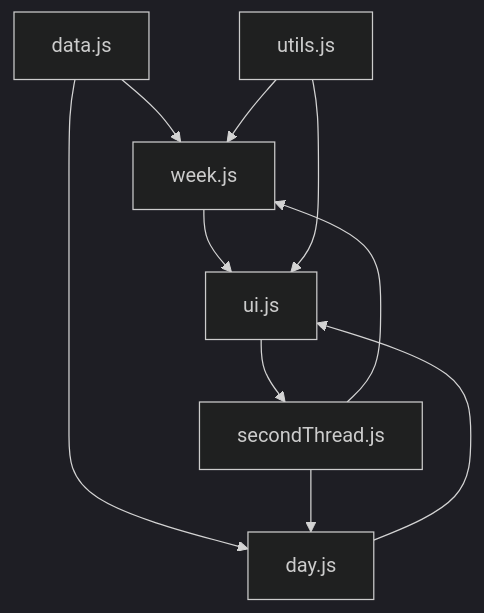
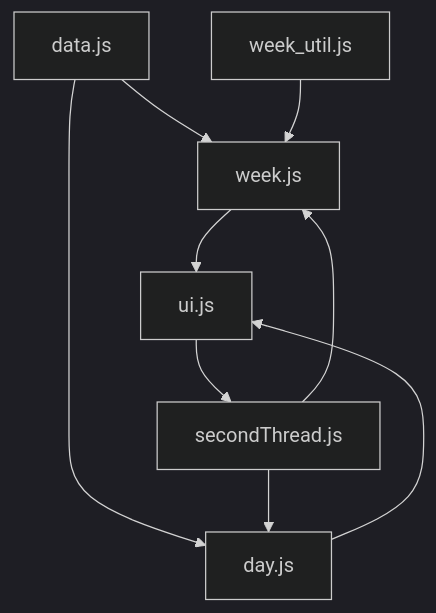
The diagram in Structure.md (ghrlcu06e20l500g/itis_raining), drawn with Mermaid (dark theme) before and after one commit. The commit also changed 4 other files, not shown here.

Commit message:
util is now only for week. Removed comments about old code

````diff
--- a/Structure.md
+++ b/Structure.md
@@ -3,12 +3,11 @@
 ``` mermaid
 flowchart TD
     data.js --> week.js
     data.js --> day.js
     day.js --> ui.js
     week.js --> ui.js
-    utils.js --> ui.js
-    utils.js --> week.js
+    week_util.js --> week.js
     ui.js --> secondThread.js
     secondThread.js --> day.js
     secondThread.js --> week.js
 ```
````
